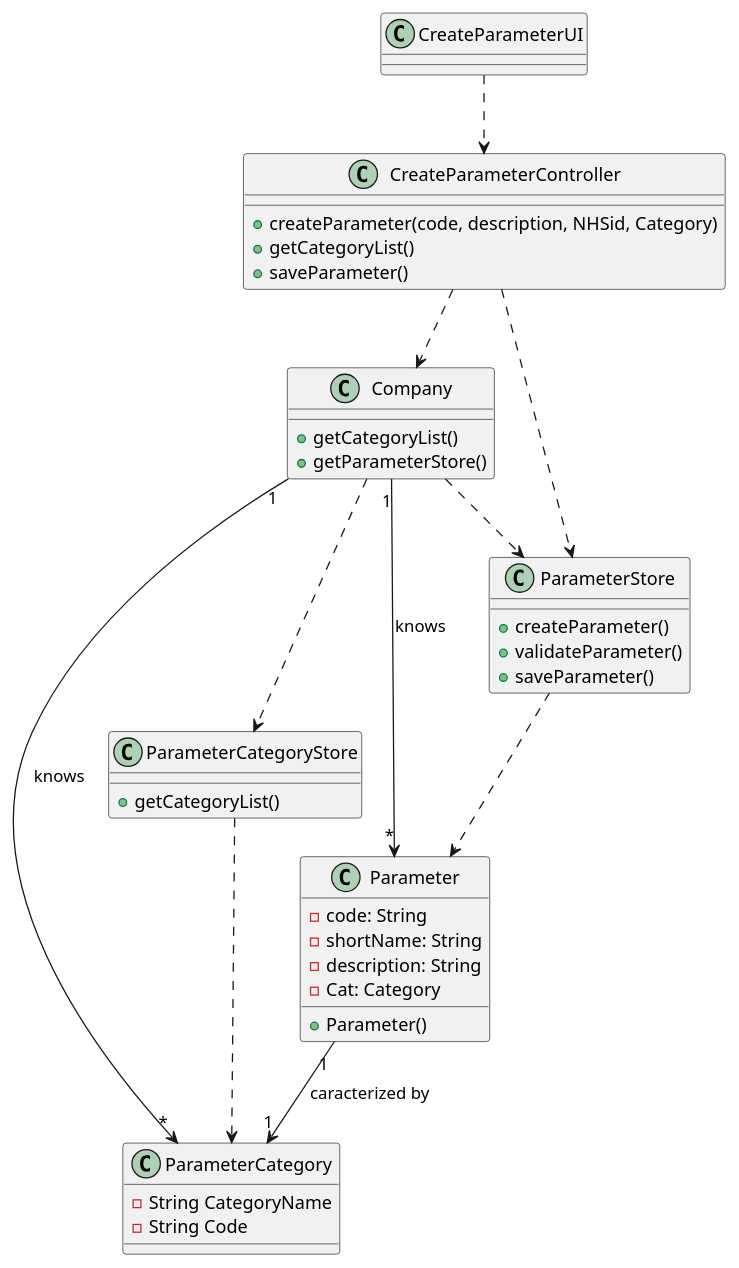
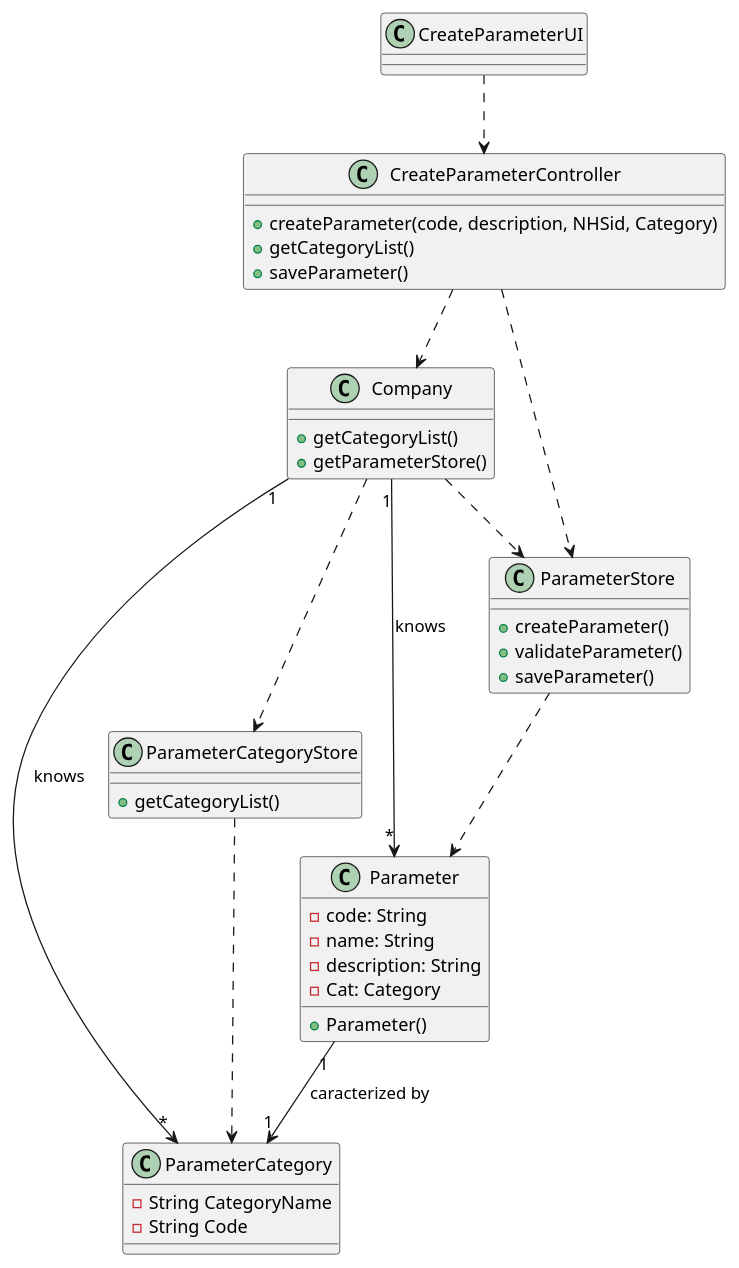
Before and after one commit to MarianaCLages/LAPR2: the diagram in docs/SprintB/US10/US10_CD.puml, drawn with PlantUML. The commit also changed 10 other files, not shown here.

```diff
--- a/docs/SprintB/US10/US10_CD.puml
+++ b/docs/SprintB/US10/US10_CD.puml
@@ -1,55 +1,55 @@
 @startuml
 
 class ParameterCategory {
   -String CategoryName
   -String Code
 }
 
 class Company{
 +getCategoryList()
 +getParameterStore()
 }
 
 class CreateParameterController {
 +createParameter(code, description, NHSid, Category)
 +getCategoryList()
 +saveParameter()
 }
 
 class CreateParameterUI{
 }
 
 class ParameterCategoryStore{
 +getCategoryList()
 }
 
 class ParameterStore{
 +createParameter()
 +validateParameter()
 +saveParameter()
 }
 
 class Parameter{
 -code: String
--shortName: String
+-name: String
 -description: String
 -Cat: Category
 +Parameter()
 }
 
 CreateParameterUI ..> CreateParameterController
 
 CreateParameterController ..> Company
 CreateParameterController ..> ParameterStore
 
 Company ..> ParameterCategoryStore
 Company ..> ParameterStore
 
 ParameterStore ..> Parameter
 
 ParameterCategoryStore ..> ParameterCategory
 
 Company"1" --> "*"Parameter: knows
 Company"1" --> "*"ParameterCategory: knows
 Parameter "1" --> "1" ParameterCategory: caracterized by
 @enduml
```
